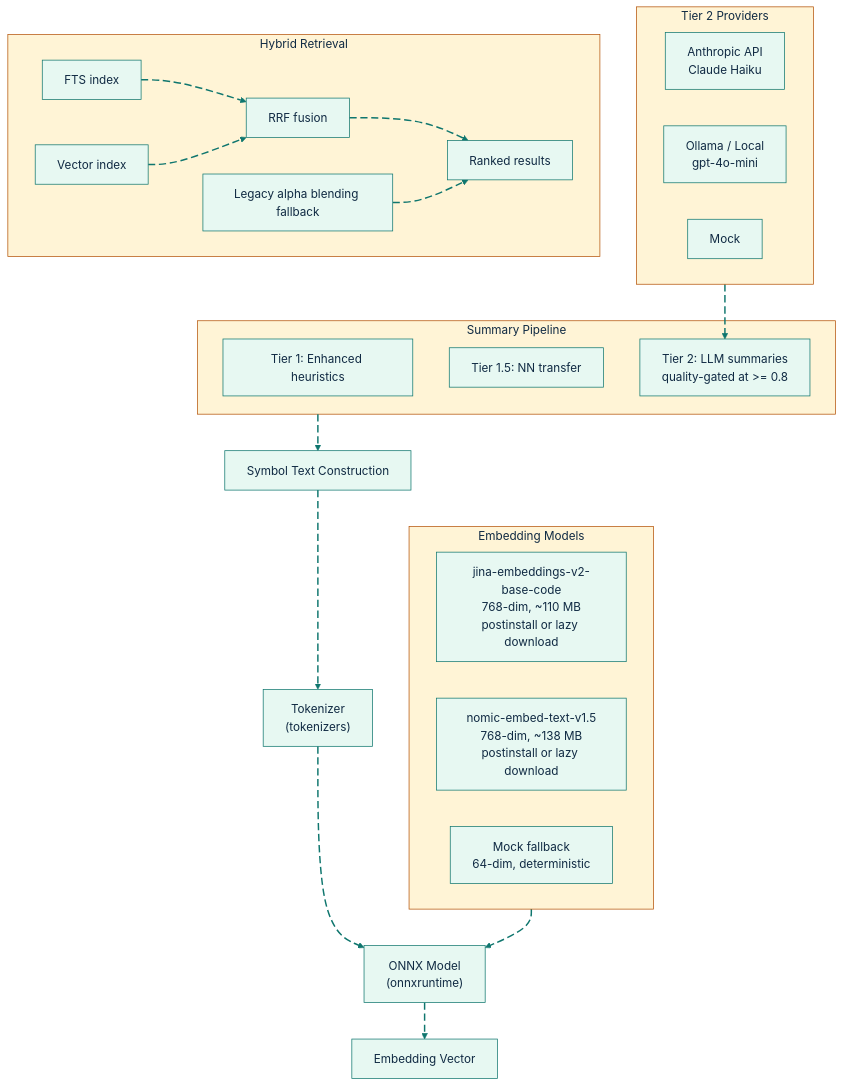
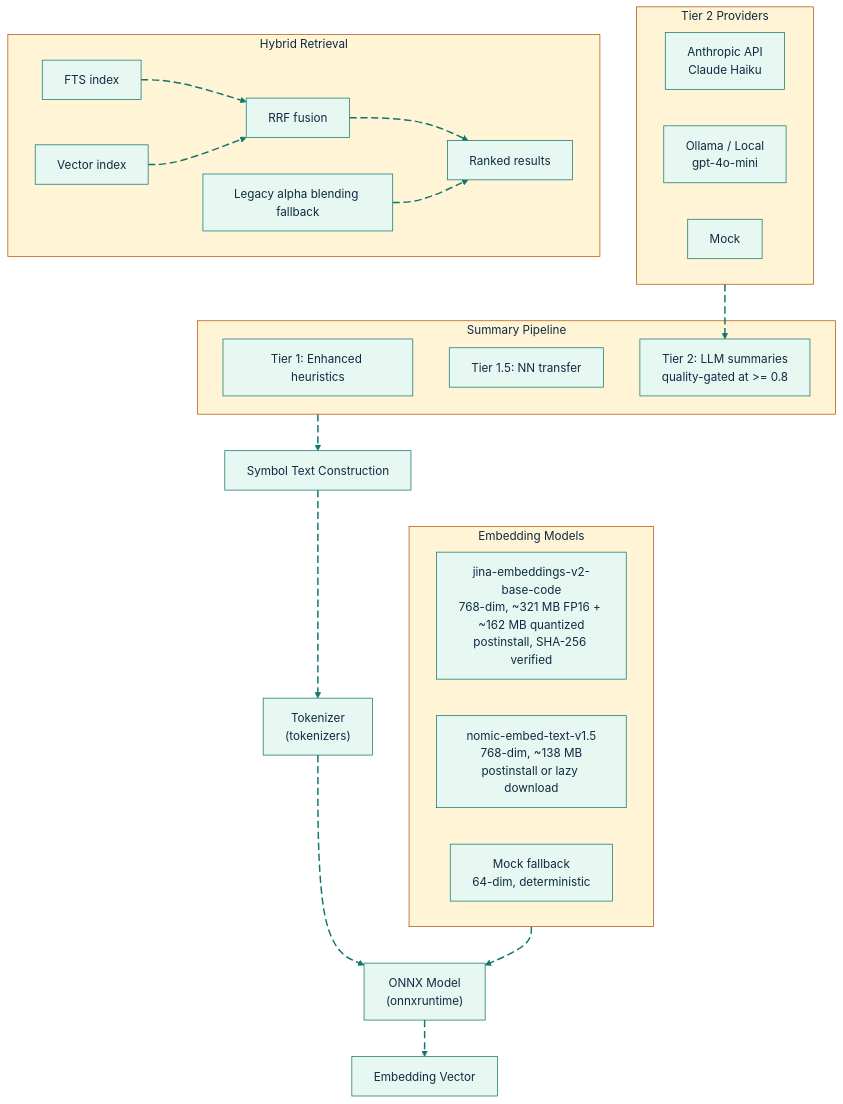
The first of 3 diagrams in docs/feature-deep-dives/semantic-embeddings-setup.md (GlitterKill/sdl-mcp), drawn with Mermaid before and after one commit. The commit also changed other lines of this file and 10 other files, not shown here.

Commit message:
docs(embeddings): explain GPU-aware Jina defaults

````diff
--- a/docs/feature-deep-dives/semantic-embeddings-setup.md
+++ b/docs/feature-deep-dives/semantic-embeddings-setup.md
@@ -13,45 +13,45 @@
 ```mermaid
 %%{init: {"theme":"base","themeVariables":{"background":"#ffffff","primaryColor":"#E7F8F2","primaryBorderColor":"#0F766E","primaryTextColor":"#102A43","secondaryColor":"#E8F1FF","secondaryBorderColor":"#2563EB","secondaryTextColor":"#102A43","tertiaryColor":"#FFF4D6","tertiaryBorderColor":"#B45309","tertiaryTextColor":"#102A43","lineColor":"#0F766E","textColor":"#102A43","fontFamily":"Inter, ui-sans-serif, system-ui, -apple-system, BlinkMacSystemFont, Segoe UI, sans-serif"},"flowchart":{"curve":"basis","htmlLabels":true}}}%%
 flowchart TD
     Text["Symbol Text Construction"] e1@--> Tokenizer["Tokenizer<br/>(tokenizers)"]
     Tokenizer e2@--> Onnx["ONNX Model<br/>(onnxruntime)"]
     Onnx e3@--> Vector["Embedding Vector"]
 
     subgraph Models["Embedding Models"]
-        Jina["jina-embeddings-v2-base-code<br/>768-dim, ~110 MB<br/>postinstall or lazy download"]
+        Jina["jina-embeddings-v2-base-code<br/>768-dim, ~321 MB FP16 + ~162 MB quantized<br/>postinstall, SHA-256 verified"]
         Nomic["nomic-embed-text-v1.5<br/>768-dim, ~138 MB<br/>postinstall or lazy download"]
         Mock["Mock fallback<br/>64-dim, deterministic"]
     end
 
     subgraph Summary["Summary Pipeline"]
         Tier1["Tier 1: Enhanced heuristics"]
         Tier15["Tier 1.5: NN transfer"]
         Tier2["Tier 2: LLM summaries<br/>quality-gated at >= 0.8"]
     end
 
     subgraph Providers["Tier 2 Providers"]
         Anthropic["Anthropic API<br/>Claude Haiku"]
         Ollama["Ollama / Local<br/>gpt-4o-mini"]
         MockProvider["Mock"]
     end
 
     subgraph Retrieval["Hybrid Retrieval"]
         FTS["FTS index"] e4@--> RRF["RRF fusion"]
         VecIndex["Vector index"] e5@--> RRF
         RRF e6@--> Results["Ranked results"]
         Fallback["Legacy alpha blending fallback"] e7@--> Results
     end
 
     Models e8@--> Onnx
     Summary e9@--> Text
     Providers e10@--> Tier2
 
     classDef source fill:#E7F8F2,stroke:#0F766E,stroke-width:2px,color:#102A43;
     classDef process fill:#E8F1FF,stroke:#2563EB,stroke-width:2px,color:#102A43;
     classDef decision fill:#FFF4D6,stroke:#B45309,stroke-width:2px,color:#102A43;
     classDef storage fill:#F2E8FF,stroke:#7C3AED,stroke-width:2px,color:#102A43;
     classDef output fill:#FFE8EF,stroke:#BE123C,stroke-width:2px,color:#102A43;
     classDef muted fill:#F8FAFC,stroke:#64748B,stroke-width:1px,color:#102A43;
     classDef animate stroke:#0F766E,stroke-width:2px,stroke-dasharray:10\,5,stroke-dashoffset:900,animation:dash 22s linear infinite;
     class e1,e2,e3,e4,e5,e6,e7,e8,e9,e10 animate;
 ```
````
